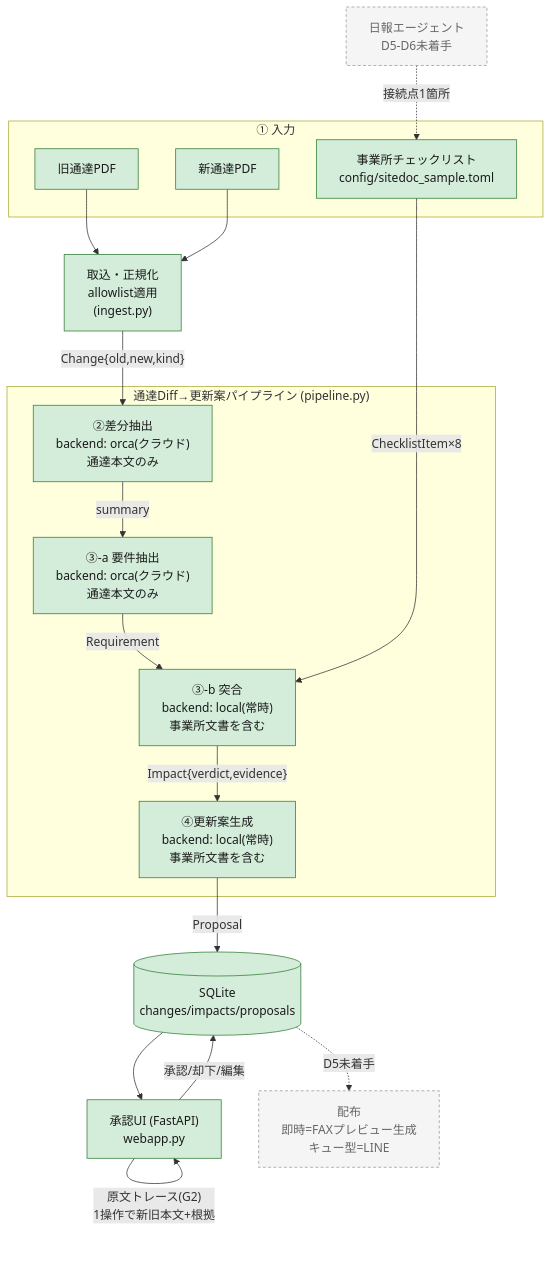
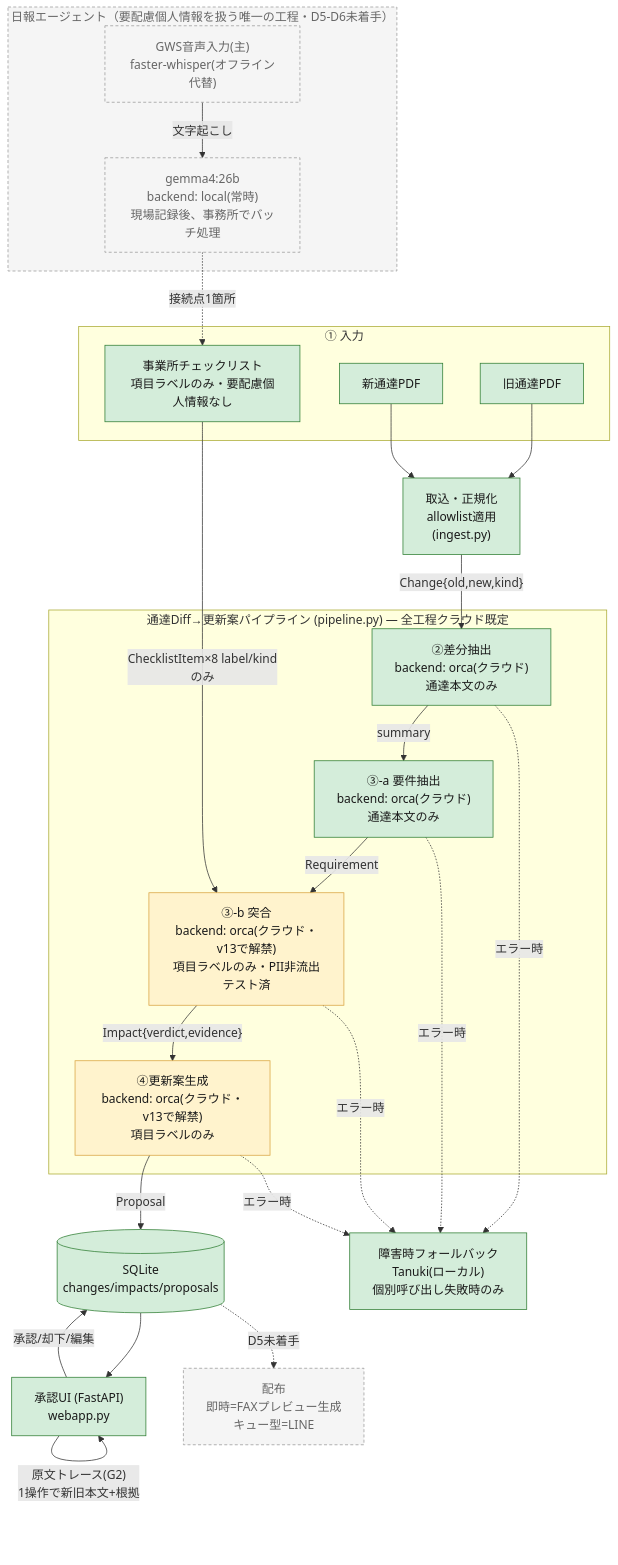
The diagram in design/moegi/overview.md (toshi-naka-boop/MOEGI), drawn with Mermaid before and after one commit. The commit also changed other lines of this file and 12 other files, not shown here.

````diff
--- a/design/moegi/overview.md
+++ b/design/moegi/overview.md
@@ -10,37 +10,49 @@
 ```mermaid
 flowchart TD
     subgraph input["① 入力"]
         OLD[旧通達PDF]
         NEW[新通達PDF]
-        SITE[事業所チェックリスト<br/>config/sitedoc_sample.toml]
+        SITE[事業所チェックリスト<br/>項目ラベルのみ・要配慮個人情報なし]
     end
 
     OLD --> INGEST["取込・正規化<br/>allowlist適用<br/>(ingest.py)"]
     NEW --> INGEST
     INGEST -->|"Change{old,new,kind}"| DIFF
 
-    subgraph pipeline["通達Diff→更新案パイプライン (pipeline.py)"]
+    subgraph pipeline["通達Diff→更新案パイプライン (pipeline.py) — 全工程クラウド既定"]
         DIFF["②差分抽出<br/>backend: orca(クラウド)<br/>通達本文のみ"]
         REQ["③-a 要件抽出<br/>backend: orca(クラウド)<br/>通達本文のみ"]
-        MATCH["③-b 突合<br/>backend: local(常時)<br/>事業所文書を含む"]
-        DRAFT["④更新案生成<br/>backend: local(常時)<br/>事業所文書を含む"]
+        MATCH["③-b 突合<br/>backend: orca(クラウド・v13で解禁)<br/>項目ラベルのみ・PII非流出テスト済"]
+        DRAFT["④更新案生成<br/>backend: orca(クラウド・v13で解禁)<br/>項目ラベルのみ"]
     end
 
     DIFF -->|summary| REQ
     REQ -->|Requirement| MATCH
-    SITE -->|ChecklistItem×8| MATCH
+    SITE -->|ChecklistItem×8 label/kindのみ| MATCH
     MATCH -->|"Impact{verdict,evidence}"| DRAFT
     DRAFT -->|Proposal| STORE[(SQLite<br/>changes/impacts/proposals)]
+
+    FALLBACK["障害時フォールバック<br/>Tanuki(ローカル)<br/>個別呼び出し失敗時のみ"]
+    DIFF -.->|エラー時| FALLBACK
+    REQ -.->|エラー時| FALLBACK
+    MATCH -.->|エラー時| FALLBACK
+    DRAFT -.->|エラー時| FALLBACK
 
     STORE --> UI["承認UI (FastAPI)<br/>webapp.py"]
     UI -->|"原文トレース(G2)<br/>1操作で新旧本文+根拠"| UI
     UI -->|承認/却下/編集| STORE
 
     STORE -.->|"D5未着手"| DIST["配布<br/>即時=FAXプレビュー生成<br/>キュー型=LINE"]
-    NIPPOU["日報エージェント<br/>D5-D6未着手"] -.->|接続点1箇所| SITE
+
+    subgraph nippou["日報エージェント（要配慮個人情報を扱う唯一の工程・D5-D6未着手）"]
+        GWS["GWS音声入力(主)<br/>faster-whisper(オフライン代替)"] -->|文字起こし| GEMMA["gemma4:26b<br/>backend: local(常時)<br/>現場記録後、事務所でバッチ処理"]
+    end
+    GEMMA -.->|接続点1箇所| SITE
 
     classDef done fill:#d4edda,stroke:#2e7d32,color:#1a1a1a
     classDef pending fill:#f5f5f5,stroke:#999,color:#666,stroke-dasharray: 4 3
-    class OLD,NEW,SITE,INGEST,DIFF,REQ,MATCH,DRAFT,STORE,UI done
-    class DIST,NIPPOU pending
+    classDef changed fill:#fff3cd,stroke:#d9a441,color:#1a1a1a
+    class OLD,NEW,SITE,INGEST,DIFF,REQ,STORE,UI,FALLBACK done
+    class MATCH,DRAFT changed
+    class DIST,GWS,GEMMA,nippou pending
 ```
````
